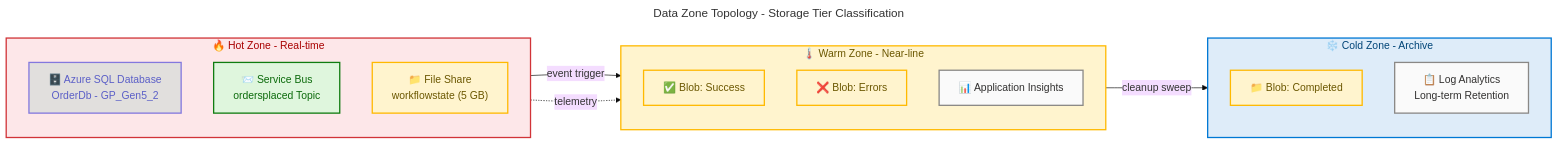
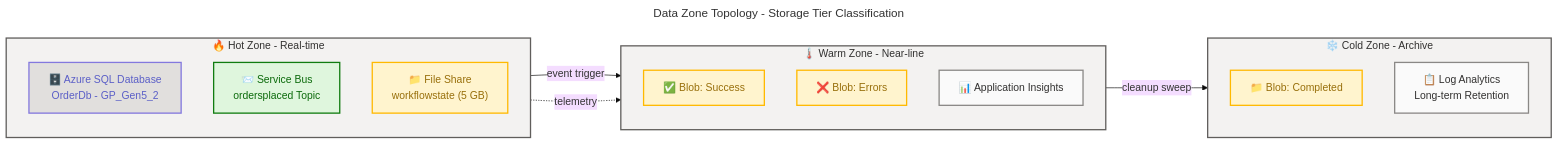
The second of 13 diagrams in docs/architecture/data-architecture.md (Evilazaro/Azure-LogicApps-Monitoring), drawn with Mermaid before and after one commit. The commit also changed other lines of this file and 1 other file, not shown here.

Commit message:
Refactor architecture diagrams for improved styling and consistency across components and data layers

````diff
--- a/docs/architecture/data-architecture.md
+++ b/docs/architecture/data-architecture.md
@@ -103,49 +103,49 @@
 ```mermaid
 ---
 title: Data Zone Topology - Storage Tier Classification
 config:
   theme: base
   look: classic
   layout: dagre
   themeVariables:
     fontSize: '16px'
   flowchart:
     htmlLabels: true
 ---
 flowchart LR
     accTitle: Data Zone Topology
     accDescr: Shows the data zone classification across hot, warm, and cold storage tiers with data movement patterns
 
     %% ═══════════════════════════════════════════════════════════════════════════
     %% AZURE / FLUENT ARCHITECTURE PATTERN v1.1
     %% ═══════════════════════════════════════════════════════════════════════════
 
     subgraph HOT ["🔥 Hot Zone - Real-time"]
         H1["🗄️ Azure SQL Database<br/>OrderDb - GP_Gen5_2"]:::data
         H2["📨 Service Bus<br/>ordersplaced Topic"]:::messaging
         H3["📁 File Share<br/>workflowstate (5 GB)"]:::storage
     end
-    style HOT fill:#FDE7E9,stroke:#D13438,stroke-width:2px,color:#A80000
+    style HOT fill:#F3F2F1,stroke:#605E5C,stroke-width:2px,color:#323130
 
     subgraph WARM ["🌡️ Warm Zone - Near-line"]
         W1["✅ Blob: Success"]:::storage
         W2["❌ Blob: Errors"]:::storage
         W3["📊 Application Insights"]:::monitoring
     end
-    style WARM fill:#FFF4CE,stroke:#FFB900,stroke-width:2px,color:#6B5700
+    style WARM fill:#F3F2F1,stroke:#605E5C,stroke-width:2px,color:#323130
 
     subgraph COLD ["❄️ Cold Zone - Archive"]
         C1["📁 Blob: Completed"]:::storage
         C2["📋 Log Analytics<br/>Long-term Retention"]:::monitoring
     end
-    style COLD fill:#DEECF9,stroke:#0078D4,stroke-width:2px,color:#004578
+    style COLD fill:#F3F2F1,stroke:#605E5C,stroke-width:2px,color:#323130
 
     HOT -->|"event trigger"| WARM
     WARM -->|"cleanup sweep"| COLD
     HOT -.->|"telemetry"| WARM
 
     classDef data fill:#E1DFDD,stroke:#8378DE,stroke-width:2px,color:#5B5FC7
     classDef messaging fill:#DFF6DD,stroke:#107C10,stroke-width:2px,color:#0B6A0B
-    classDef storage fill:#FFF4CE,stroke:#FFB900,stroke-width:2px,color:#6B5700
+    classDef storage fill:#FFF4CE,stroke:#FFB900,stroke-width:2px,color:#986F0B
     classDef monitoring fill:#FAFAFA,stroke:#8A8886,stroke-width:2px,color:#323130
 ```
````
